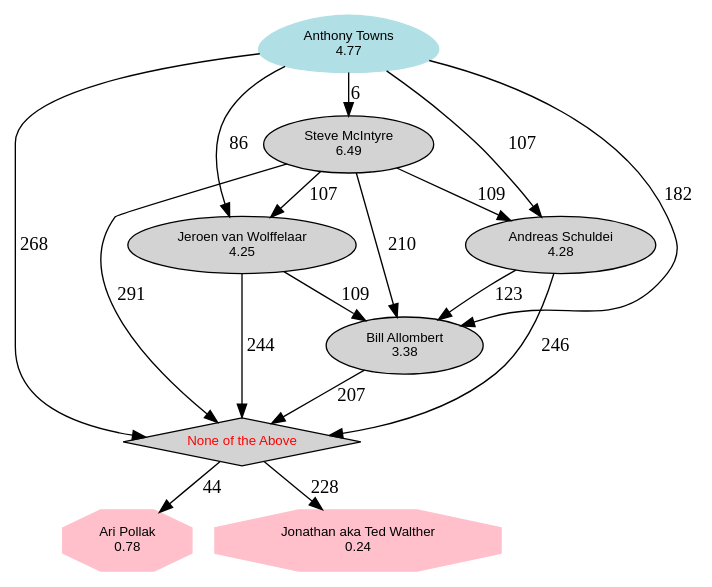
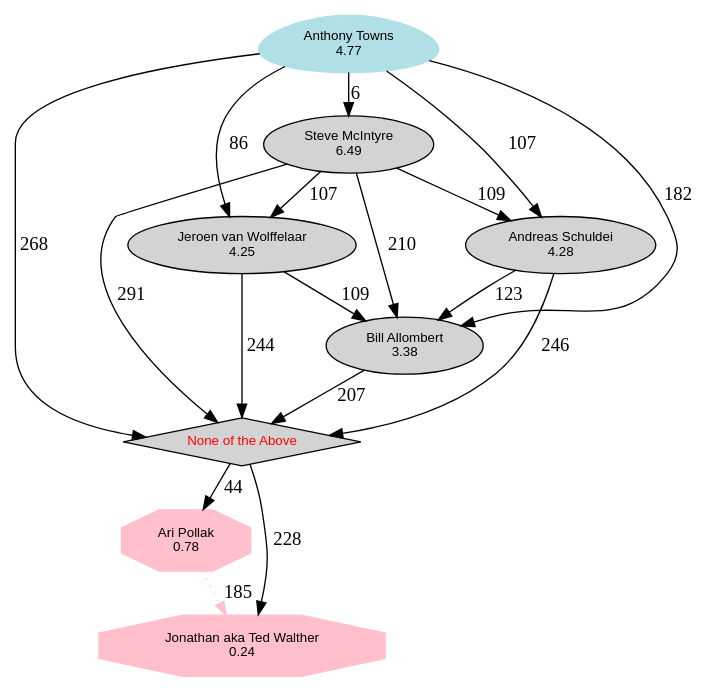
Before and after one commit to debiancn/debian.org: the diagram in english/vote/2006/vote_002_results.dot, drawn with Graphviz. The commit also changed 1 other file, not shown here.

Commit message:
Updated results graph

```diff
--- a/english/vote/2006/vote_002_results.dot
+++ b/english/vote/2006/vote_002_results.dot
@@ -1,27 +1,28 @@
 digraph Results {
   ranksep=0.25;
  "Jeroen van Wolffelaar\n4.25" [ style="filled" , fontname="Helvetica", fontsize=10  ];
  "Jeroen van Wolffelaar\n4.25" -> "Bill Allombert\n3.38" [ label="109" ];
  "Jeroen van Wolffelaar\n4.25" -> "None of the Above" [ label="244" ];
  "Ari Pollak\n0.78" [ style="filled" , color="pink", shape=octagon, fontname="Helvetica", fontsize=10  ];
  "None of the Above" -> "Ari Pollak\n0.78" [ label="44" ];
  "Steve McIntyre\n6.49" [ style="filled" , fontname="Helvetica", fontsize=10  ];
  "Steve McIntyre\n6.49" -> "Jeroen van Wolffelaar\n4.25" [ label="107" ];
  "Steve McIntyre\n6.49" -> "Andreas Schuldei\n4.28" [ label="109" ];
  "Steve McIntyre\n6.49" -> "Bill Allombert\n3.38" [ label="210" ];
  "Steve McIntyre\n6.49" -> "None of the Above" [ label="291" ];
  "Anthony Towns\n4.77" [ style="filled" , color="powderblue", shape=egg, fontcolor="Navy Blue", fontname="Helvetica", fontsize=10  ];
  "Anthony Towns\n4.77" -> "Jeroen van Wolffelaar\n4.25" [ label="86" ];
  "Anthony Towns\n4.77" -> "Steve McIntyre\n6.49" [ label="6" ];
  "Anthony Towns\n4.77" -> "Andreas Schuldei\n4.28" [ label="107" ];
  "Anthony Towns\n4.77" -> "Bill Allombert\n3.38" [ label="182" ];
  "Anthony Towns\n4.77" -> "None of the Above" [ label="268" ];
  "Andreas Schuldei\n4.28" [ style="filled" , fontname="Helvetica", fontsize=10  ];
  "Andreas Schuldei\n4.28" -> "Bill Allombert\n3.38" [ label="123" ];
  "Andreas Schuldei\n4.28" -> "None of the Above" [ label="246" ];
  "Jonathan aka Ted Walther\n0.24" [ style="filled" , color="pink", shape=octagon, fontname="Helvetica", fontsize=10  ];
  "None of the Above" -> "Jonathan aka Ted Walther\n0.24" [ label="228" ];
+ "Ari Pollak\n0.78" -> "Jonathan aka Ted Walther\n0.24" [ label="185",  style="dotted", color="pink" ];
  "Bill Allombert\n3.38" [ style="filled" , fontname="Helvetica", fontsize=10  ];
  "Bill Allombert\n3.38" -> "None of the Above" [ label="207" ];
  "None of the Above" [ style="filled" , shape=diamond, fontcolor="Red", fontname="Helvetica", fontsize=10  ];
 }
```
